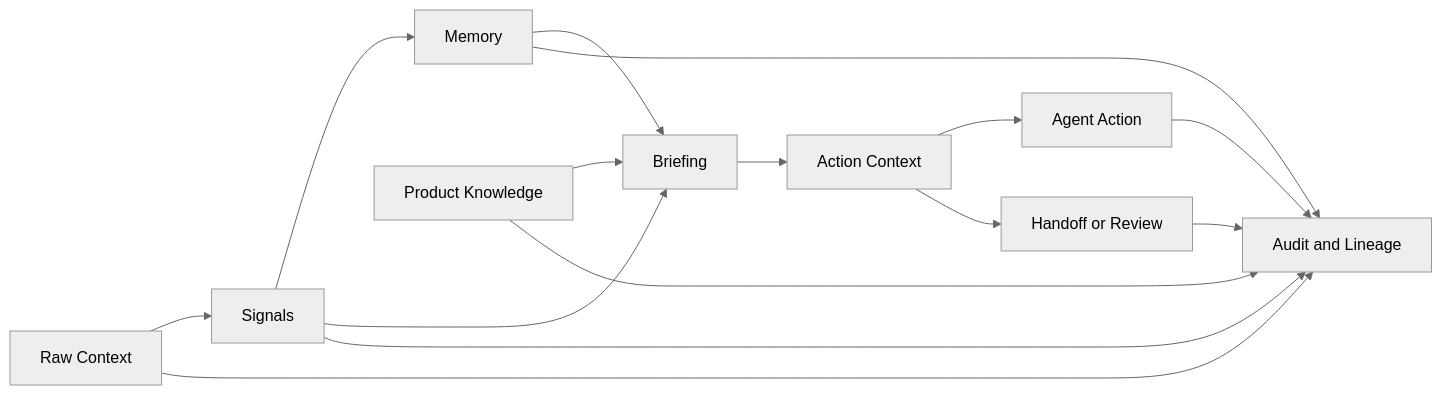
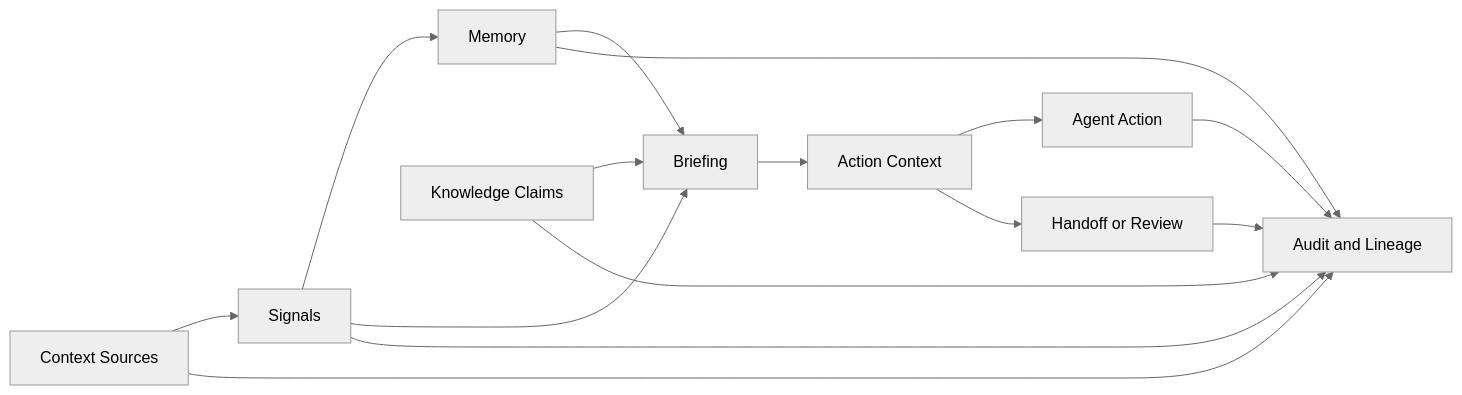
Before and after one commit to crmy-ai/crmy: the diagram in README.md, drawn with Mermaid (neutral theme). The commit also changed other lines of this file and 165 other files, not shown here.

````diff
--- a/README.md
+++ b/README.md
@@ -237,27 +237,27 @@
 ```mermaid
 flowchart LR
-  A[Raw Context]
+  A[Context Sources]
   B[Signals]
   C[Memory]
   D[Briefing]
   E[Action Context]
   F[Agent Action]
   G[Handoff or Review]
   H[Audit and Lineage]
-  K[Product Knowledge]
+  K[Knowledge Claims]
 
   A --> B
   B --> C
   B --> D
   C --> D
   K --> D
   D --> E
   E --> F
   E --> G
   F --> H
   G --> H
   A --> H
   B --> H
   C --> H
   K --> H
 ```
````
